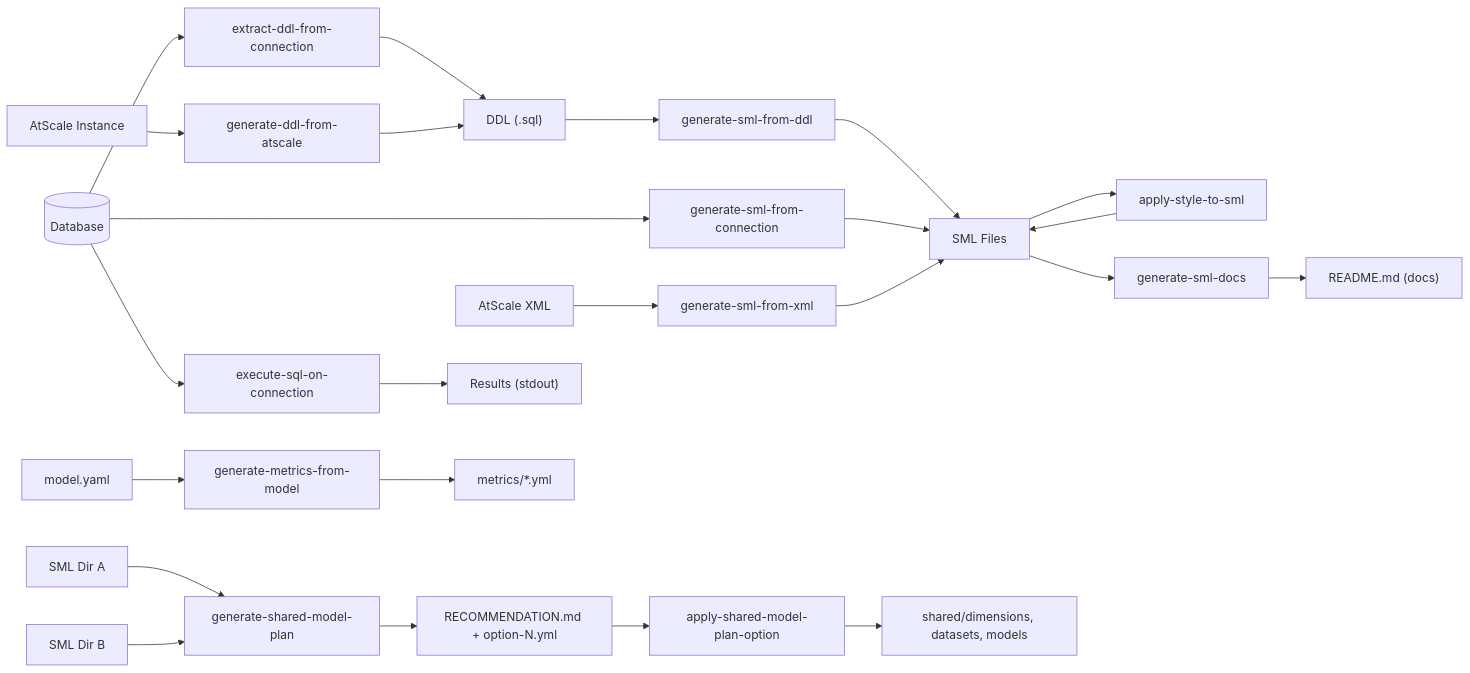
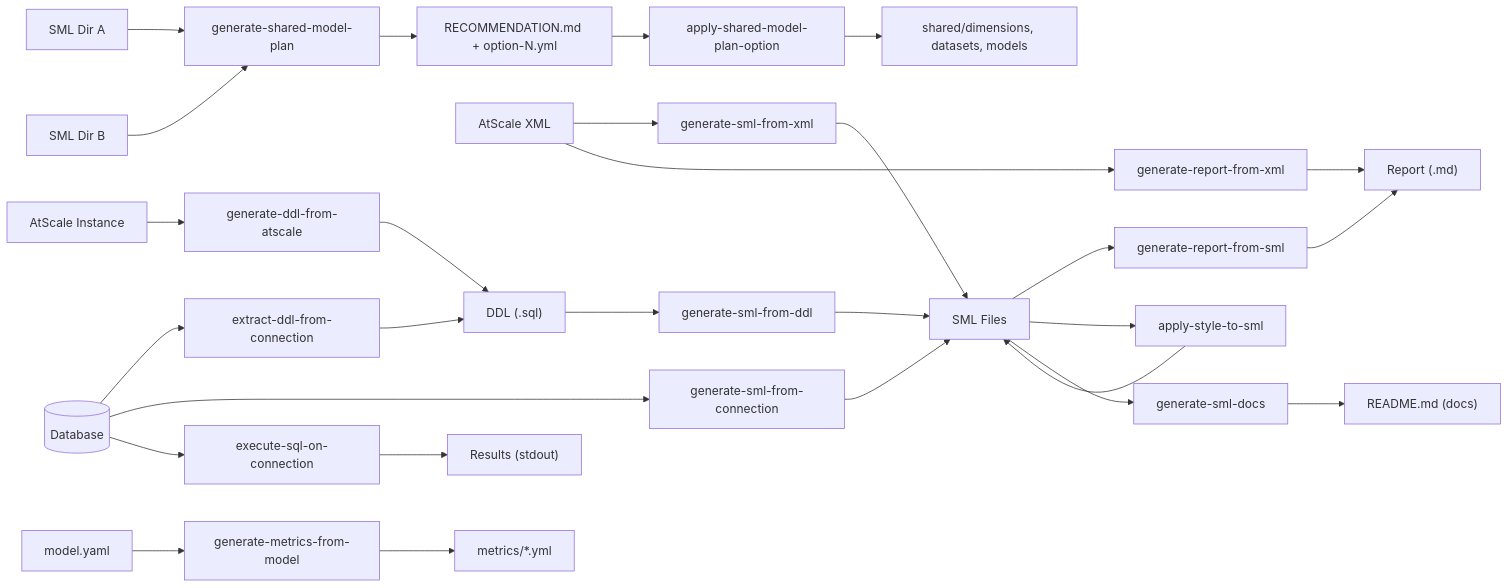
Before and after one commit to AtScaleInc/ps-utils: the second of 8 diagrams in README.md, drawn with Mermaid. The commit also changed other lines of this file and 14 other files, not shown here.

First line of the commit message:
feat: add generate-report-from-xml and generate-report-from-sml operations

````diff
--- a/README.md
+++ b/README.md
@@ -35,15 +35,17 @@
 ```mermaid
 flowchart LR
     DB[("Database")] --> A["extract-ddl-from-connection"] --> DDL["DDL (.sql)"]
     ATS["AtScale Instance"] --> B["generate-ddl-from-atscale"] --> DDL
     DDL --> C["generate-sml-from-ddl"] --> SML["SML Files"]
     DB --> D["generate-sml-from-connection"] --> SML
     XML["AtScale XML"] --> G["generate-sml-from-xml"] --> SML
+    XML --> L["generate-report-from-xml"] --> RPT["Report (.md)"]
+    SML --> M["generate-report-from-sml"] --> RPT
     SML2A["SML Dir A"] --> H["generate-shared-model-plan"] --> PLAN["RECOMMENDATION.md + option-N.yml"]
     SML2B["SML Dir B"] --> H
     PLAN --> I["apply-shared-model-plan-option"] --> SHARED["shared/dimensions, datasets, models"]
     DB --> E["execute-sql-on-connection"] --> OUT["Results (stdout)"]
     MODEL["model.yaml"] --> F["generate-metrics-from-model"] --> METRICS["metrics/*.yml"]
     SML --> J["apply-style-to-sml"] --> SML
     SML --> K["generate-sml-docs"] --> DOCS["README.md (docs)"]
 ```
````
